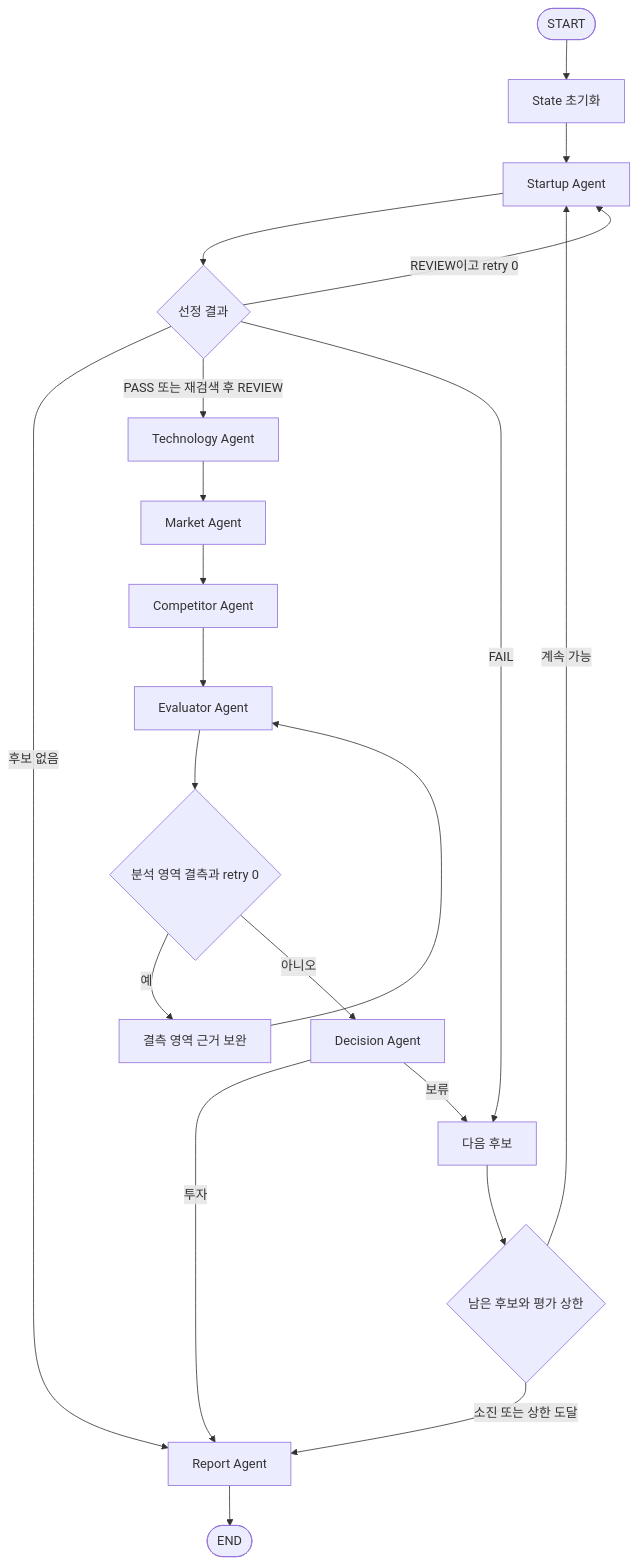
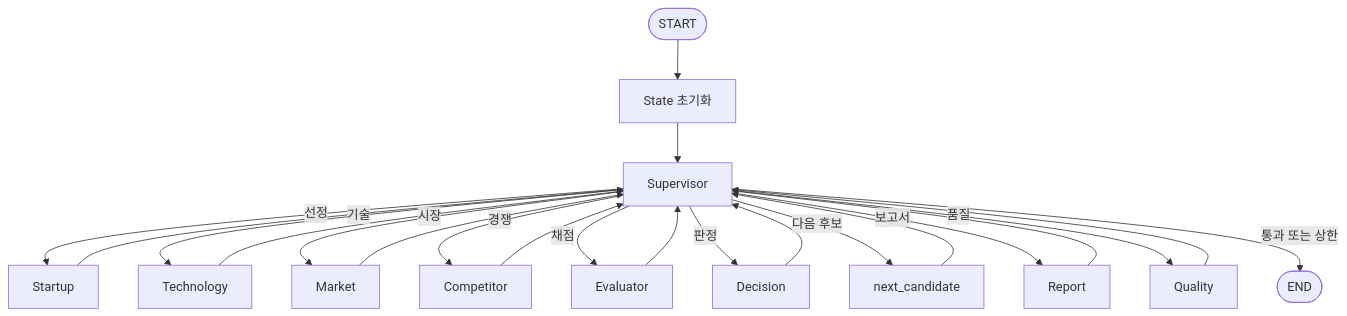
One commit to yeonjep/ai-startup-investment-agent changed the diagram in docs/DESIGN.md. Above: the diagram before and after it, drawn with Mermaid. The commit also changed other lines of this file and 15 other files, not shown here.

````diff
--- a/docs/DESIGN.md
+++ b/docs/DESIGN.md
@@ -394,23 +448,24 @@
 ```mermaid
 flowchart TD
     START([START]) --> INIT[State 초기화]
-    INIT --> SA[Startup Agent]
-    SA --> SG{선정 결과}
-    SG -->|후보 없음| RA[Report Agent]
-    SG -->|PASS 또는 재검색 후 REVIEW| TA[Technology Agent]
-    SG -->|REVIEW이고 retry 0| SA
-    SG -->|FAIL| NC[다음 후보]
-    TA --> MA[Market Agent]
-    MA --> CA[Competitor Agent]
-    CA --> EV[Evaluator Agent]
-    EV --> EG{분석 영역 결측과 retry 0}
-    EG -->|예| ER[결측 영역 근거 보완]
-    ER --> EV
-    EG -->|아니오| DA[Decision Agent]
-    DA -->|투자| RA
-    DA -->|보류| NC
-    NC --> CG{남은 후보와 평가 상한}
-    CG -->|계속 가능| SA
-    CG -->|소진 또는 상한 도달| RA
-    RA --> END([END])
+    INIT --> SV[Supervisor]
+    SV -->|선정| SA[Startup]
+    SV -->|기술| TA[Technology]
+    SV -->|시장| MA[Market]
+    SV -->|경쟁| CA[Competitor]
+    SV -->|채점| EV[Evaluator]
+    SV -->|판정| DA[Decision]
+    SV -->|다음 후보| NC[next_candidate]
+    SV -->|보고서| RA[Report]
+    SV -->|품질| QA[Quality]
+    SA --> SV
+    TA --> SV
+    MA --> SV
+    CA --> SV
+    EV --> SV
+    DA --> SV
+    NC --> SV
+    RA --> SV
+    QA --> SV
+    SV -->|통과 또는 상한| END([END])
 ```
````
